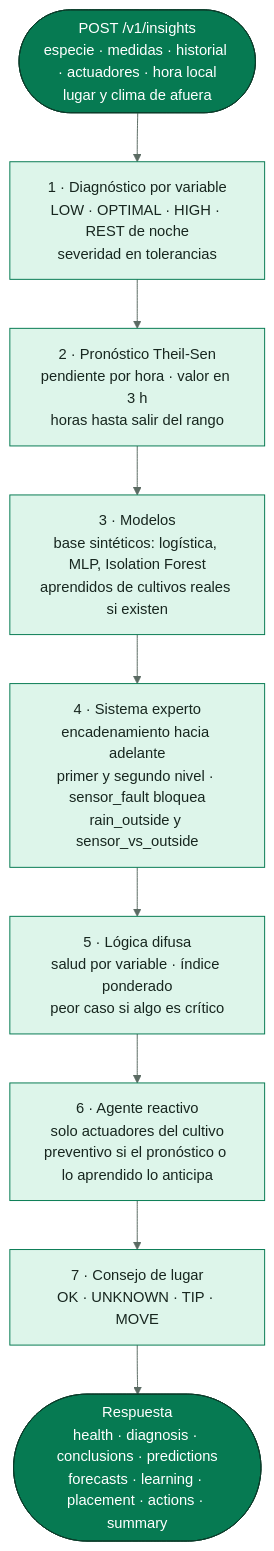
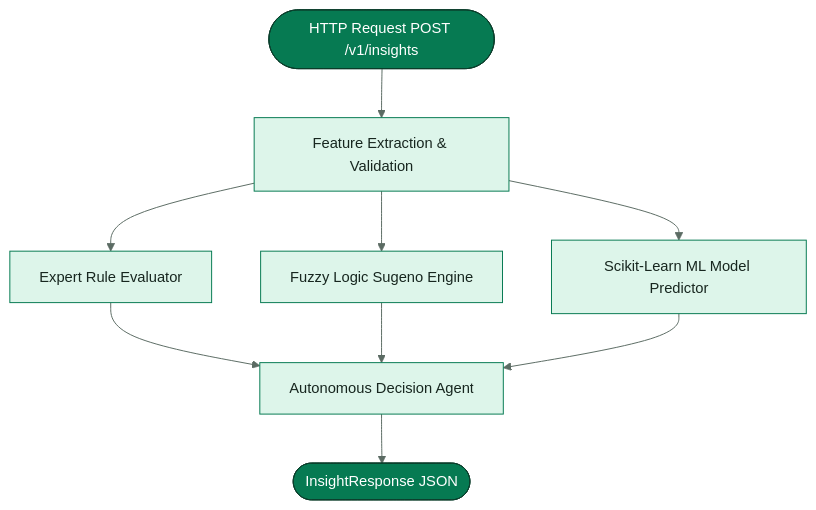
One commit to SmartPotTech/SmartPot-AI-Python changed the second of 4 diagrams in docs/SmartPot_AI_Documentation.md. Above: the diagram before and after it, drawn with Mermaid. The commit also changed other lines of this file and 15 other files, not shown here.

Commit message:
docs(specs): standardize legacy english documentation, notices, diagrams, and manuals

````diff
--- a/docs/SmartPot_AI_Documentation.md
+++ b/docs/SmartPot_AI_Documentation.md
@@ -128,22 +90,14 @@
 ```mermaid
 %%{init: {"theme": "base", "fontFamily": "Segoe UI, Arial, sans-serif", "themeVariables": {"fontFamily": "Segoe UI, Arial, sans-serif", "fontSize": "15px", "primaryColor": "#DDF5EA", "primaryTextColor": "#17261F", "primaryBorderColor": "#067A52", "secondaryColor": "#E3F2FB", "secondaryTextColor": "#17261F", "secondaryBorderColor": "#1F6FA0", "tertiaryColor": "#F2F7F4", "tertiaryTextColor": "#17261F", "tertiaryBorderColor": "#D5E3DC", "lineColor": "#5B6B63", "textColor": "#17261F", "mainBkg": "#DDF5EA", "nodeBorder": "#067A52", "clusterBkg": "#F7FAF8", "clusterBorder": "#D5E3DC", "edgeLabelBackground": "#FFFFFF", "actorBkg": "#067A52", "actorBorder": "#0B3D2B", "actorTextColor": "#FFFFFF", "actorLineColor": "#5B6B63", "signalColor": "#17261F", "signalTextColor": "#17261F", "labelBoxBkgColor": "#0B3D2B", "labelBoxBorderColor": "#0B3D2B", "labelTextColor": "#FFFFFF", "loopTextColor": "#0B3D2B", "noteBkgColor": "#FDF4DD", "noteBorderColor": "#C98D12", "noteTextColor": "#17261F", "activationBkgColor": "#DDF5EA", "activationBorderColor": "#067A52", "attributeBackgroundColorOdd": "#FFFFFF", "attributeBackgroundColorEven": "#F2F7F4"}}}%%
 flowchart TB
-  req(["POST /v1/insights<br/>especie · medidas · historial · actuadores · hora local<br/>lugar y clima de afuera"])
-  req --> diag["1 · Diagnóstico por variable<br/>LOW · OPTIMAL · HIGH · REST de noche<br/>severidad en tolerancias"]
-  diag --> fc["2 · Pronóstico Theil-Sen<br/>pendiente por hora · valor en 3 h<br/>horas hasta salir del rango"]
-  fc --> ml["3 · Modelos<br/>base sintéticos: logística, MLP, Isolation Forest<br/>aprendidos de cultivos reales si existen"]
-  ml --> es["4 · Sistema experto<br/>encadenamiento hacia adelante<br/>primer y segundo nivel · sensor_fault bloquea<br/>rain_outside y sensor_vs_outside"]
-  es --> fz["5 · Lógica difusa<br/>salud por variable · índice ponderado<br/>peor caso si algo es crítico"]
-  fz --> ag["6 · Agente reactivo<br/>solo actuadores del cultivo<br/>preventivo si el pronóstico o lo aprendido lo anticipa"]
-  ag --> place["7 · Consejo de lugar<br/>OK · UNKNOWN · TIP · MOVE"]
-  place --> out(["Respuesta<br/>health · diagnosis · conclusions · predictions<br/>forecasts · learning · placement · actions · summary"])
+  req(["HTTP Request POST /v1/insights"]) --> extract["Feature Extraction & Validation"]
+  extract --> expert["Expert Rule Evaluator"]
+  extract --> fuzzy["Fuzzy Logic Sugeno Engine"]
+  extract --> ml["Scikit-Learn ML Model Predictor"]
+  expert & fuzzy & ml --> agent["Autonomous Decision Agent"]
+  agent --> resp(["InsightResponse JSON"])
+  classDef core fill:#067A52,stroke:#0B3D2B,color:#FFFFFF
   classDef leaf fill:#DDF5EA,stroke:#067A52,color:#17261F
-  classDef water fill:#E3F2FB,stroke:#1F6FA0,color:#17261F
-  classDef sun fill:#FDF4DD,stroke:#C98D12,color:#17261F
-  classDef clay fill:#FBE9E1,stroke:#B85A38,color:#17261F
-  classDef core fill:#067A52,stroke:#0B3D2B,color:#FFFFFF
-  classDef deep fill:#0B3D2B,stroke:#06281C,color:#FFFFFF
-  classDef muted fill:#F2F7F4,stroke:#5B6B63,color:#17261F
-  class req,out core
-  class diag,fc,ml,es,fz,ag,place leaf
+  class req,resp core
+  class extract,expert,fuzzy,ml,agent leaf
 ```
````
